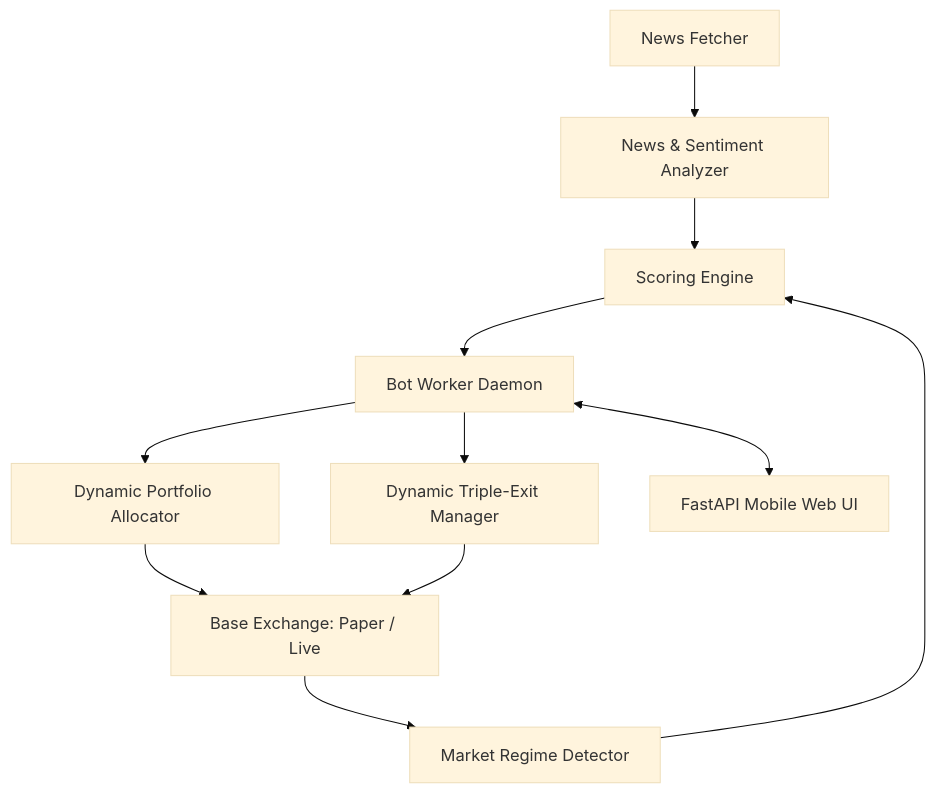
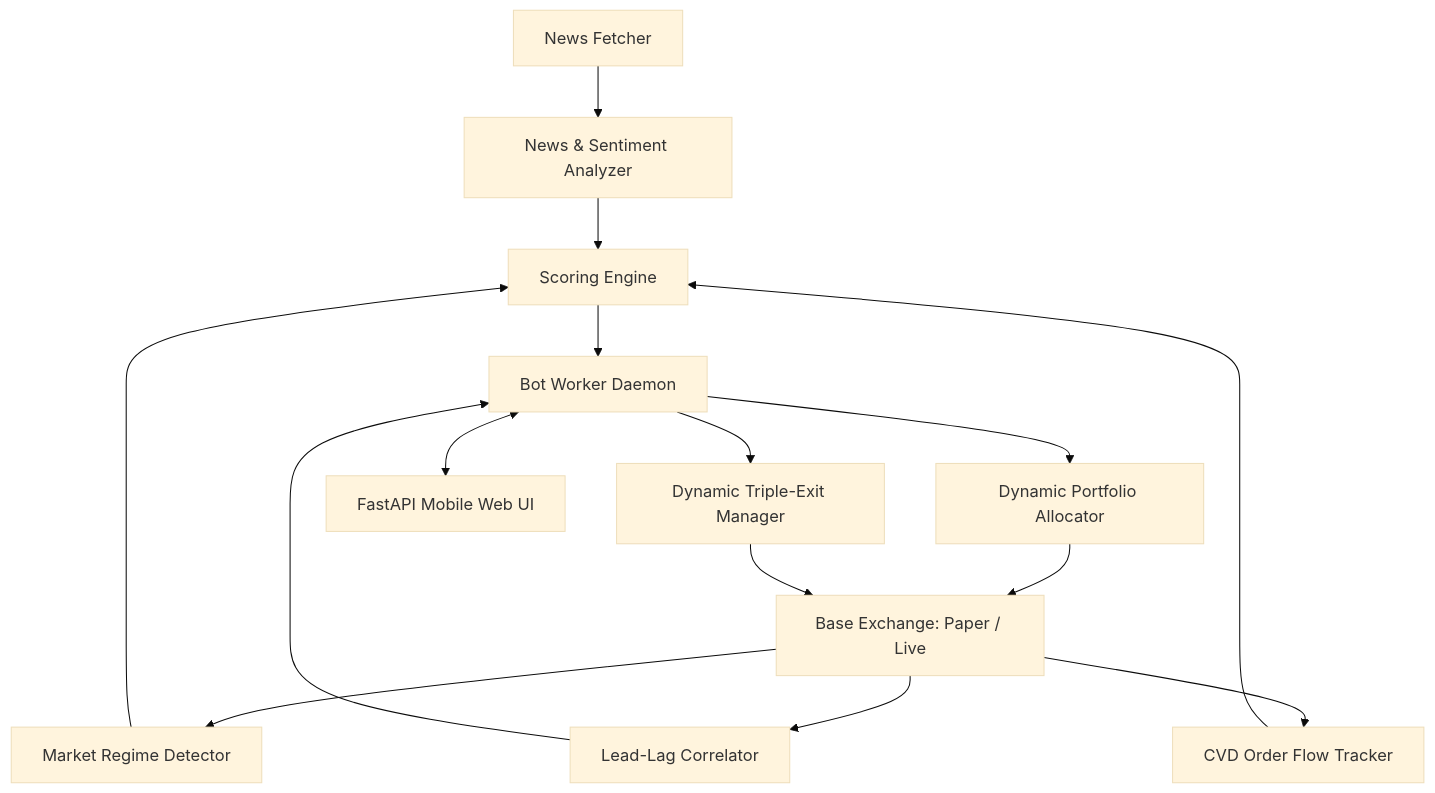
One commit to ahmedewas/binance-news-scalper changed the diagram in PROJECT_STATE.md. Above: the diagram before and after it, drawn with Mermaid (base theme). The commit also changed other lines of this file, not shown here.

````diff
--- a/PROJECT_STATE.md
+++ b/PROJECT_STATE.md
@@ -31,13 +35,17 @@
 ```mermaid
 graph TD
     NewsFetcher[News Fetcher] --> NewsAnalyzer[News & Sentiment Analyzer]
     NewsAnalyzer --> ScoringEngine[Scoring Engine]
     Exchange[Base Exchange: Paper / Live] --> RegimeDetector[Market Regime Detector]
+    Exchange --> CVDTracker[CVD Order Flow Tracker]
     RegimeDetector --> ScoringEngine
-    ScoringEngine --> BotWorker[Bot Worker Daemon]
+    CVDTracker --> ScoringEngine
+    Exchange --> LeadLag[Lead-Lag Correlator]
+    LeadLag --> BotWorker[Bot Worker Daemon]
+    ScoringEngine --> BotWorker
     BotWorker --> PortfolioAllocator[Dynamic Portfolio Allocator]
     PortfolioAllocator --> Exchange
     BotWorker --> RiskManager[Dynamic Triple-Exit Manager]
     RiskManager --> Exchange
     BotWorker <--> WebApp[FastAPI Mobile Web UI]
 ```
````
